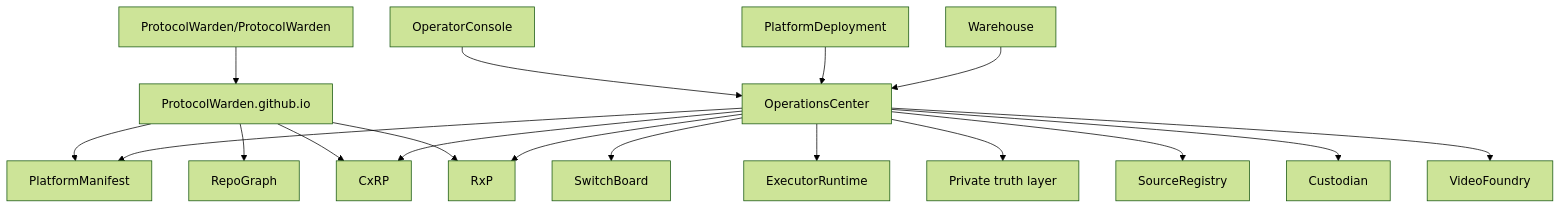
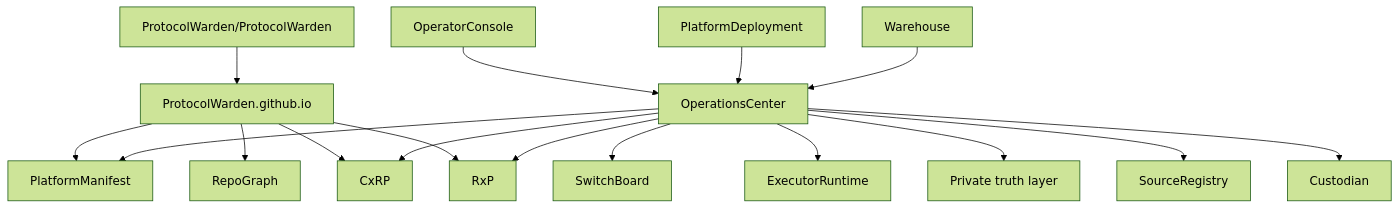
Before and after one commit to ProtocolWarden/ProtocolWarden.github.io: the diagram in docs/topology/ecosystem-graph.md, drawn with Mermaid (forest theme). The commit also changed 16 other files, not shown here.

````diff
--- a/docs/topology/ecosystem-graph.md
+++ b/docs/topology/ecosystem-graph.md
@@ -3,37 +3,35 @@
 ```mermaid
 graph TD
     FRONT[ProtocolWarden/ProtocolWarden]
     OC[OperatorConsole]
     OPS[OperationsCenter]
     SB[SwitchBoard]
     CX[CxRP]
     RX[RxP]
     ER[ExecutorRuntime]
     RG[RepoGraph]
     PM[PlatformManifest]
     PT[Private truth layer]
     CU[Custodian]
     WS[PlatformDeployment]
     WH[Warehouse]
     SR[SourceRegistry]
-    VF[VideoFoundry]
     DOCS[ProtocolWarden.github.io]
 
     FRONT --> DOCS
     DOCS --> PM
     DOCS --> RG
     DOCS --> CX
     DOCS --> RX
     OC --> OPS
     OPS --> SB
     OPS --> CX
     OPS --> RX
     OPS --> ER
     OPS --> PM
     OPS --> PT
     OPS --> SR
     OPS --> CU
-    OPS --> VF
     WS --> OPS
     WH --> OPS
 ```
````
